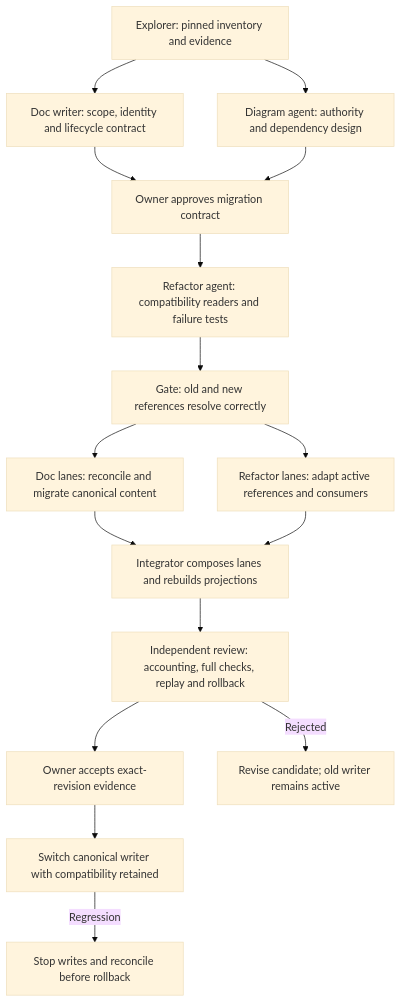
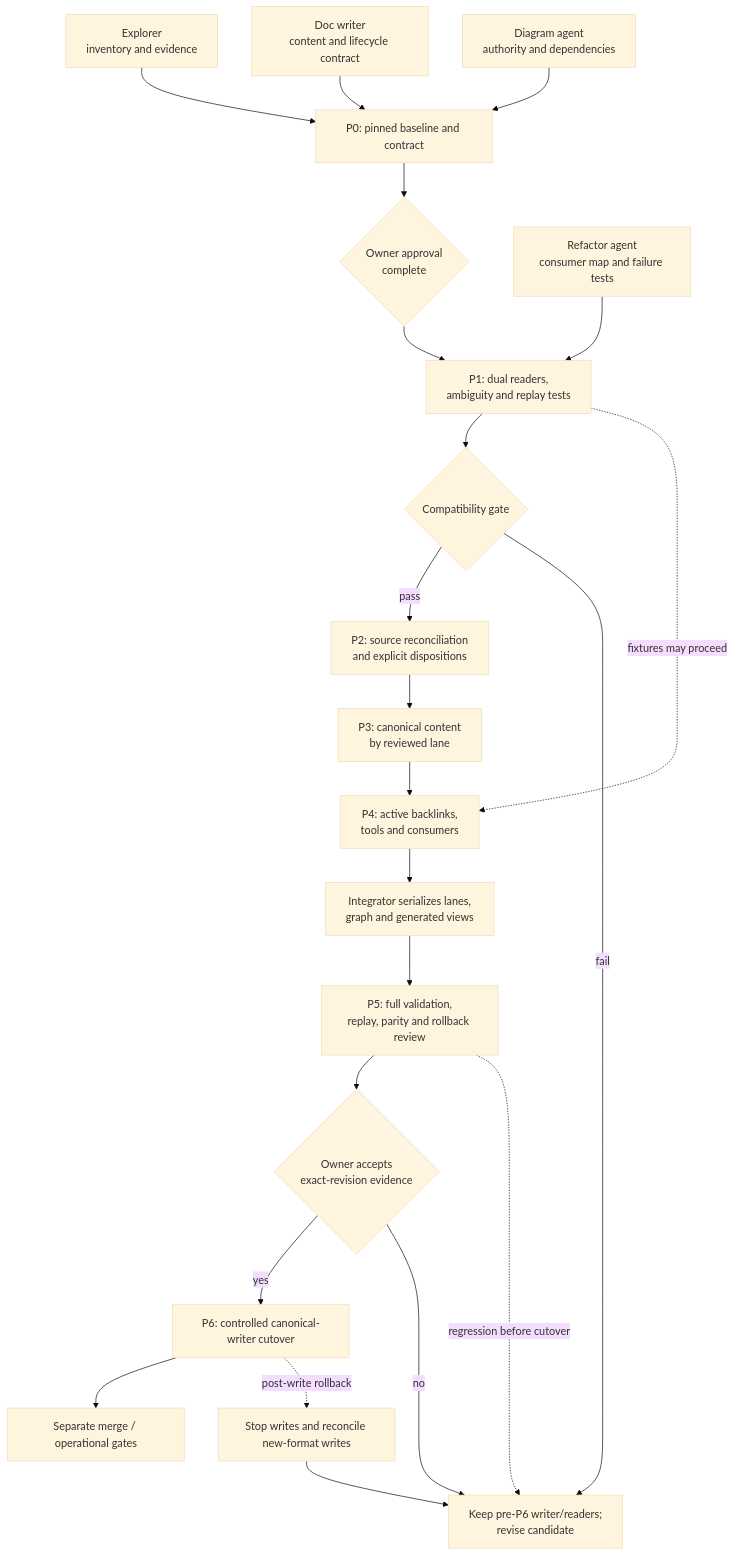
One commit to Freshair129/zuri.ai changed the second of 2 diagrams in docs/migrations/document-reintegration/DIAGRAMS.md. Above: the diagram before and after it, drawn with Mermaid (base theme). The commit also changed other lines of this file and 100 other files, not shown here.

Commit message:
Generate canonical feature and navigation views

````diff
--- a/docs/migrations/document-reintegration/DIAGRAMS.md
+++ b/docs/migrations/document-reintegration/DIAGRAMS.md
@@ -50,18 +52,24 @@
 ```mermaid
 flowchart TD
-  EX["Explorer: pinned inventory and evidence"] --> DW["Doc writer: scope, identity and lifecycle contract"]
-  EX --> DG["Diagram agent: authority and dependency design"]
-  DW --> G0["Owner approves migration contract"]
-  DG --> G0
-  G0 --> RF["Refactor agent: compatibility readers and failure tests"]
-  RF --> G1["Gate: old and new references resolve correctly"]
-  G1 --> CL["Doc lanes: reconcile and migrate canonical content"]
-  G1 --> RC["Refactor lanes: adapt active references and consumers"]
-  CL --> IN["Integrator composes lanes and rebuilds projections"]
-  RC --> IN
-  IN --> VR["Independent review: accounting, full checks, replay and rollback"]
-  VR --> G2["Owner accepts exact-revision evidence"]
-  G2 --> CO["Switch canonical writer with compatibility retained"]
-  VR -->|"Rejected"| RE["Revise candidate; old writer remains active"]
-  CO -->|"Regression"| RB["Stop writes and reconcile before rollback"]
+  EX["Explorer<br/>inventory and evidence"] --> P0["P0: pinned baseline and contract"]
+  DW["Doc writer<br/>content and lifecycle contract"] --> P0
+  DG["Diagram agent<br/>authority and dependencies"] --> P0
+  P0 --> G0{"Owner approval<br/>complete"}
+  G0 --> P1["P1: dual readers,<br/>ambiguity and replay tests"]
+  RF["Refactor agent<br/>consumer map and failure tests"] --> P1
+  P1 --> G1{"Compatibility gate"}
+  G1 -->|"pass"| P2["P2: source reconciliation<br/>and explicit dispositions"]
+  G1 -->|"fail"| OLD["Keep pre-P6 writer/readers;<br/>revise candidate"]
+  P2 --> P3["P3: canonical content<br/>by reviewed lane"]
+  P3 --> P4["P4: active backlinks,<br/>tools and consumers"]
+  P1 -. "fixtures may proceed" .-> P4
+  P4 --> INT["Integrator serializes lanes,<br/>graph and generated views"]
+  INT --> P5["P5: full validation,<br/>replay, parity and rollback review"]
+  P5 --> G5{"Owner accepts<br/>exact-revision evidence"}
+  G5 -->|"yes"| P6["P6: controlled canonical-writer cutover"]
+  G5 -->|"no"| OLD
+  P6 --> MERGE["Separate merge / operational gates"]
+  P5 -. "regression before cutover" .-> OLD
+  P6 -. "post-write rollback" .-> STOP["Stop writes and reconcile new-format writes"]
+  STOP --> OLD
 ```
````
